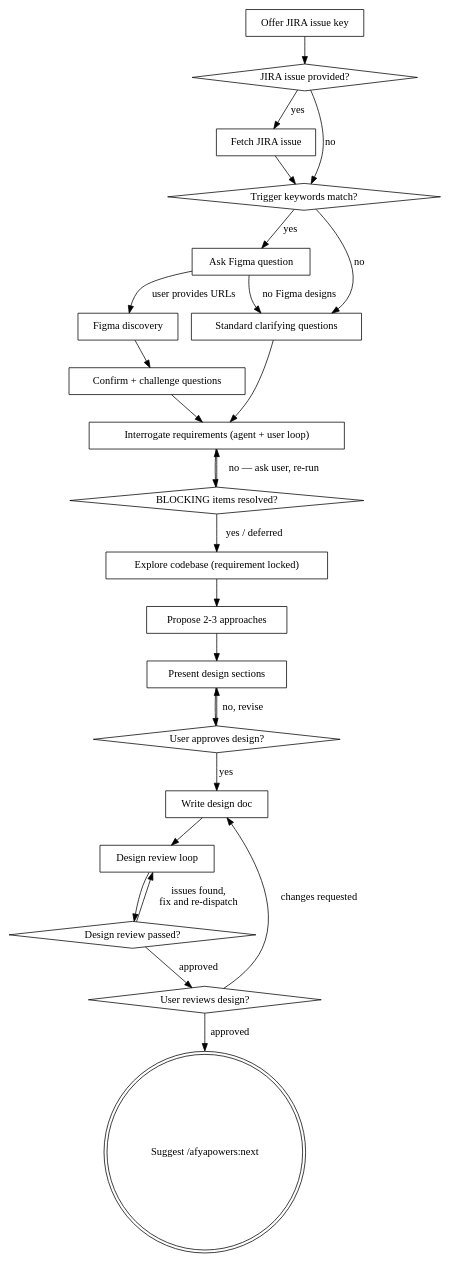
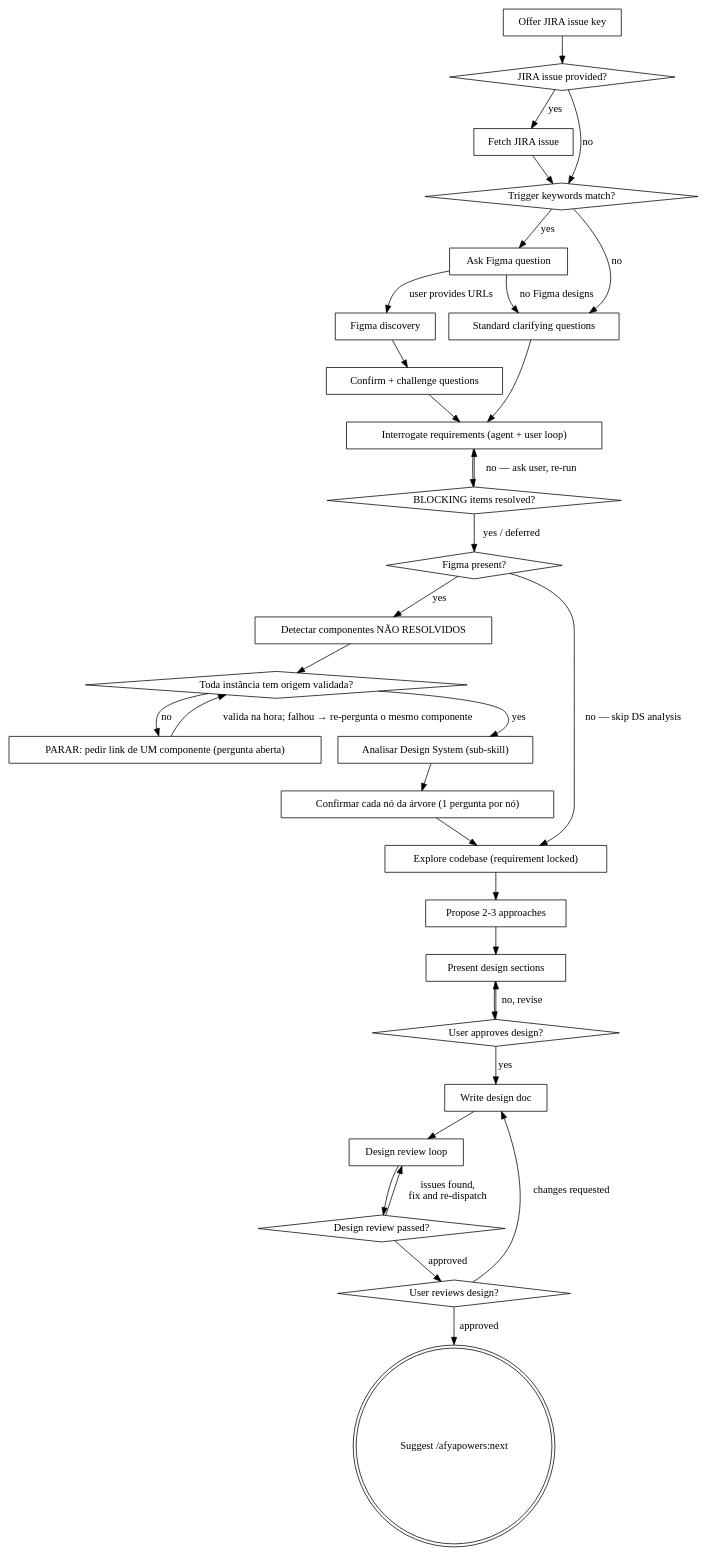
Before and after one commit to iclinic/afyapowers: the diagram in dist/claude/skills/design/SKILL.md, drawn with Graphviz. The commit also changed other lines of this file and 120 other files, not shown here.

First line of the commit message:
Expand design system support (#27)

````diff
--- a/dist/claude/skills/design/SKILL.md
+++ b/dist/claude/skills/design/SKILL.md
@@ -53,49 +60,63 @@
 ```dot
 digraph design {
     "Offer JIRA issue key" [shape=box];
     "JIRA issue provided?" [shape=diamond];
     "Fetch JIRA issue" [shape=box];
     "Trigger keywords match?" [shape=diamond];
     "Ask Figma question" [shape=box];
     "Figma discovery" [shape=box];
     "Confirm + challenge questions" [shape=box];
     "Standard clarifying questions" [shape=box];
     "Interrogate requirements (agent + user loop)" [shape=box];
     "BLOCKING items resolved?" [shape=diamond];
+    "Figma present?" [shape=diamond];
+    "Detectar componentes NÃO RESOLVIDOS" [shape=box];
+    "Toda instância tem origem validada?" [shape=diamond];
+    "PARAR: pedir link de UM componente (pergunta aberta)" [shape=box];
+    "Analisar Design System (sub-skill)" [shape=box];
+    "Confirmar cada nó da árvore (1 pergunta por nó)" [shape=box];
     "Explore codebase (requirement locked)" [shape=box];
     "Propose 2-3 approaches" [shape=box];
     "Present design sections" [shape=box];
     "User approves design?" [shape=diamond];
     "Write design doc" [shape=box];
     "Design review loop" [shape=box];
     "Design review passed?" [shape=diamond];
     "User reviews design?" [shape=diamond];
     "Suggest /afyapowers:next" [shape=doublecircle];
 
     "Offer JIRA issue key" -> "JIRA issue provided?";
     "JIRA issue provided?" -> "Fetch JIRA issue" [label="yes"];
     "JIRA issue provided?" -> "Trigger keywords match?" [label="no"];
     "Fetch JIRA issue" -> "Trigger keywords match?";
     "Trigger keywords match?" -> "Ask Figma question" [label="yes"];
     "Trigger keywords match?" -> "Standard clarifying questions" [label="no"];
     "Ask Figma question" -> "Figma discovery" [label="user provides URLs"];
     "Ask Figma question" -> "Standard clarifying questions" [label="no Figma designs"];
     "Figma discovery" -> "Confirm + challenge questions";
     "Confirm + challenge questions" -> "Interrogate requirements (agent + user loop)";
     "Standard clarifying questions" -> "Interrogate requirements (agent + user loop)";
     "Interrogate requirements (agent + user loop)" -> "BLOCKING items resolved?";
     "BLOCKING items resolved?" -> "Interrogate requirements (agent + user loop)" [label="no — ask user, re-run"];
-    "BLOCKING items resolved?" -> "Explore codebase (requirement locked)" [label="yes / deferred"];
+    "BLOCKING items resolved?" -> "Figma present?" [label="yes / deferred"];
+    "Figma present?" -> "Detectar componentes NÃO RESOLVIDOS" [label="yes"];
+    "Figma present?" -> "Explore codebase (requirement locked)" [label="no — skip DS analysis"];
+    "Detectar componentes NÃO RESOLVIDOS" -> "Toda instância tem origem validada?";
+    "Toda instância tem origem validada?" -> "PARAR: pedir link de UM componente (pergunta aberta)" [label="no"];
+    "PARAR: pedir link de UM componente (pergunta aberta)" -> "Toda instância tem origem validada?" [label="valida na hora; falhou → re-pergunta o mesmo componente"];
+    "Toda instância tem origem validada?" -> "Analisar Design System (sub-skill)" [label="yes"];
+    "Analisar Design System (sub-skill)" -> "Confirmar cada nó da árvore (1 pergunta por nó)";
+    "Confirmar cada nó da árvore (1 pergunta por nó)" -> "Explore codebase (requirement locked)";
     "Explore codebase (requirement locked)" -> "Propose 2-3 approaches";
     "Propose 2-3 approaches" -> "Present design sections";
     "Present design sections" -> "User approves design?";
     "User approves design?" -> "Present design sections" [label="no, revise"];
     "User approves design?" -> "Write design doc" [label="yes"];
     "Write design doc" -> "Design review loop";
     "Design review loop" -> "Design review passed?";
     "Design review passed?" -> "Design review loop" [label="issues found,\nfix and re-dispatch"];
     "Design review passed?" -> "User reviews design?" [label="approved"];
     "User reviews design?" -> "Write design doc" [label="changes requested"];
     "User reviews design?" -> "Suggest /afyapowers:next" [label="approved"];
 }
 ```
````
